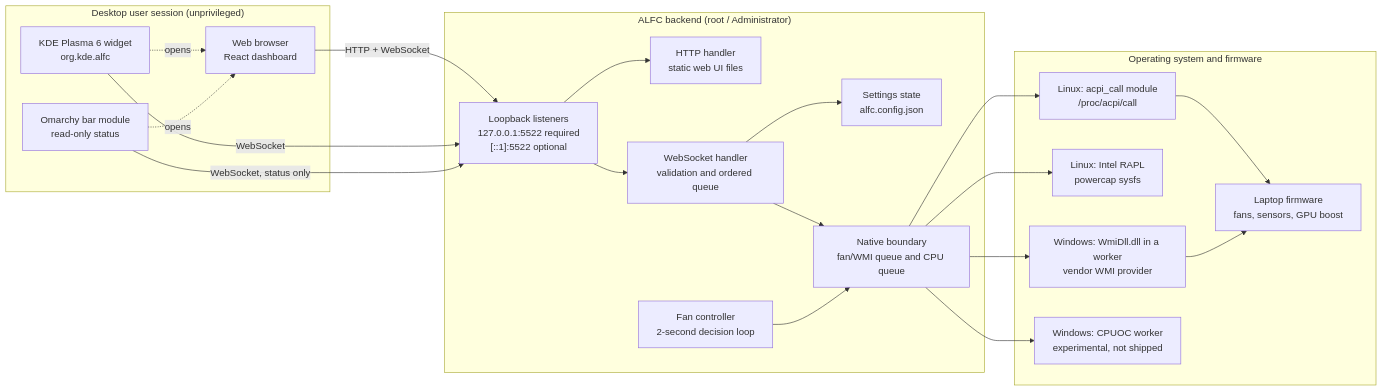
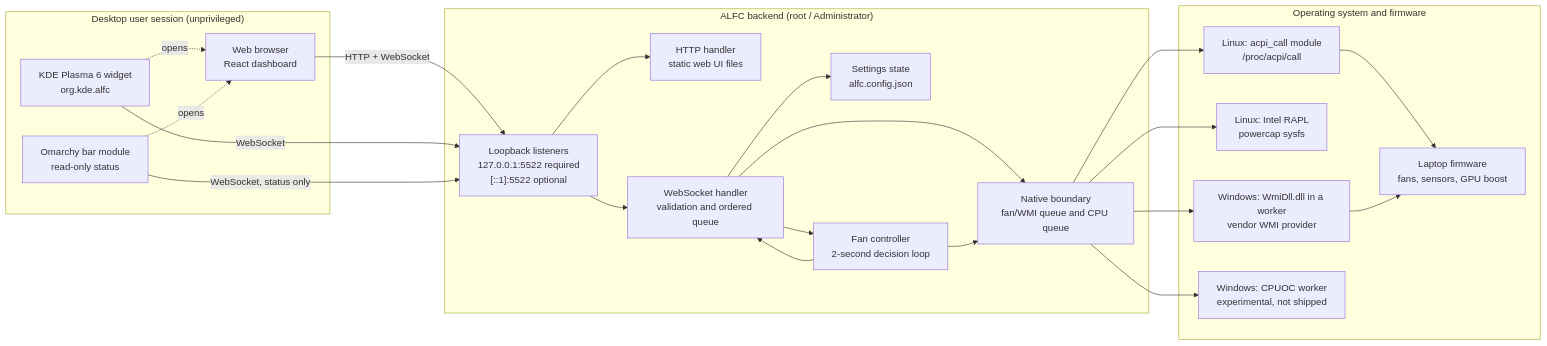
One commit to ThatMarko/alfc changed the first of 4 diagrams in ARCHITECTURE.md. Above: the diagram before and after it, drawn with Mermaid. The commit also changed other lines of this file and 14 other files, not shown here.

````diff
--- a/ARCHITECTURE.md
+++ b/ARCHITECTURE.md
@@ -35,42 +35,44 @@
 ```mermaid
 flowchart LR
   subgraph session["Desktop user session (unprivileged)"]
     browser["Web browser<br/>React dashboard"]
     plasma["KDE Plasma 6 widget<br/>org.kde.alfc"]
     omarchy["Omarchy bar module<br/>read-only status"]
   end
 
   subgraph backend["ALFC backend (root / Administrator)"]
     listeners["Loopback listeners<br/>127.0.0.1:5522 required<br/>[::1]:5522 optional"]
     http["HTTP handler<br/>static web UI files"]
     ws["WebSocket handler<br/>validation and ordered queue"]
     state["Settings state<br/>alfc.config.json"]
     fan["Fan controller<br/>2-second decision loop"]
     native["Native boundary<br/>fan/WMI queue and CPU queue"]
   end
 
   subgraph platform["Operating system and firmware"]
     acpi["Linux: acpi_call module<br/>/proc/acpi/call"]
     rapl["Linux: Intel RAPL<br/>powercap sysfs"]
     wmi["Windows: WmiDll.dll in a worker<br/>vendor WMI provider"]
     cpuoc["Windows: CPUOC worker<br/>experimental, not shipped"]
     firmware["Laptop firmware<br/>fans, sensors, GPU boost"]
   end
 
   browser -- "HTTP + WebSocket" --> listeners
   plasma -- "WebSocket" --> listeners
   omarchy -- "WebSocket, status only" --> listeners
   plasma -. "opens" .-> browser
   omarchy -. "opens" .-> browser
   listeners --> http
   listeners --> ws
   ws --> state
+  ws --> fan
   ws --> native
+  fan --> ws
   fan --> native
   native --> acpi
   native --> rapl
   native --> wmi
   native --> cpuoc
   acpi --> firmware
   wmi --> firmware
 ```
````
